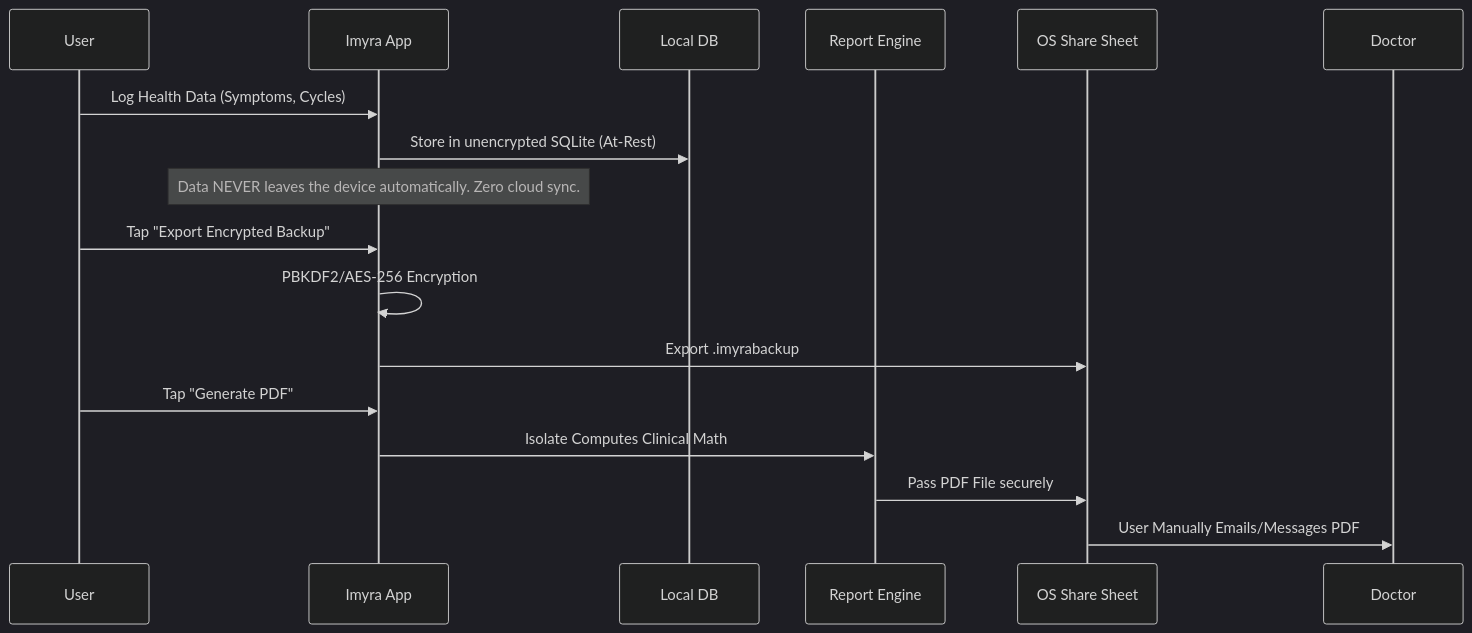
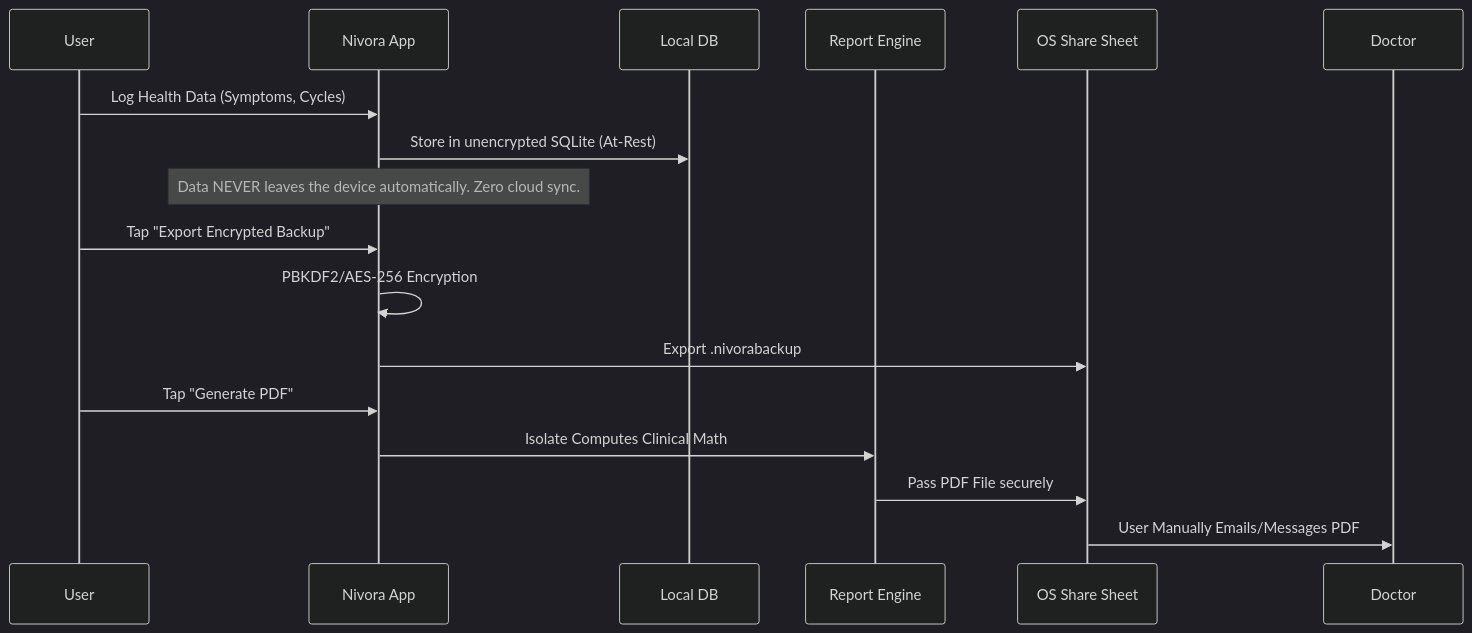
The first of 2 diagrams in docs/CLINICAL_AND_STORE_GUIDE.md (abhishekk-1804/Nivora), drawn with Mermaid (dark theme) before and after one commit. The commit also changed other lines of this file and 6 other files, not shown here.

````diff
--- a/docs/CLINICAL_AND_STORE_GUIDE.md
+++ b/docs/CLINICAL_AND_STORE_GUIDE.md
@@ -7,20 +7,20 @@
 ```mermaid
 sequenceDiagram
     participant User
-    participant Imyra App
+    participant Nivora App
     participant Local DB
     participant Report Engine
     participant OS Share Sheet
     participant Doctor
     
-    User->>Imyra App: Log Health Data (Symptoms, Cycles)
-    Imyra App->>Local DB: Store in unencrypted SQLite (At-Rest)
-    Note over Imyra App: Data NEVER leaves the device automatically. Zero cloud sync.
-    User->>Imyra App: Tap "Export Encrypted Backup"
-    Imyra App->>Imyra App: PBKDF2/AES-256 Encryption
-    Imyra App->>OS Share Sheet: Export .imyrabackup
-    User->>Imyra App: Tap "Generate PDF"
-    Imyra App->>Report Engine: Isolate Computes Clinical Math
+    User->>Nivora App: Log Health Data (Symptoms, Cycles)
+    Nivora App->>Local DB: Store in unencrypted SQLite (At-Rest)
+    Note over Nivora App: Data NEVER leaves the device automatically. Zero cloud sync.
+    User->>Nivora App: Tap "Export Encrypted Backup"
+    Nivora App->>Nivora App: PBKDF2/AES-256 Encryption
+    Nivora App->>OS Share Sheet: Export .nivorabackup
+    User->>Nivora App: Tap "Generate PDF"
+    Nivora App->>Report Engine: Isolate Computes Clinical Math
     Report Engine->>OS Share Sheet: Pass PDF File securely
     OS Share Sheet->>Doctor: User Manually Emails/Messages PDF
 ```
````
